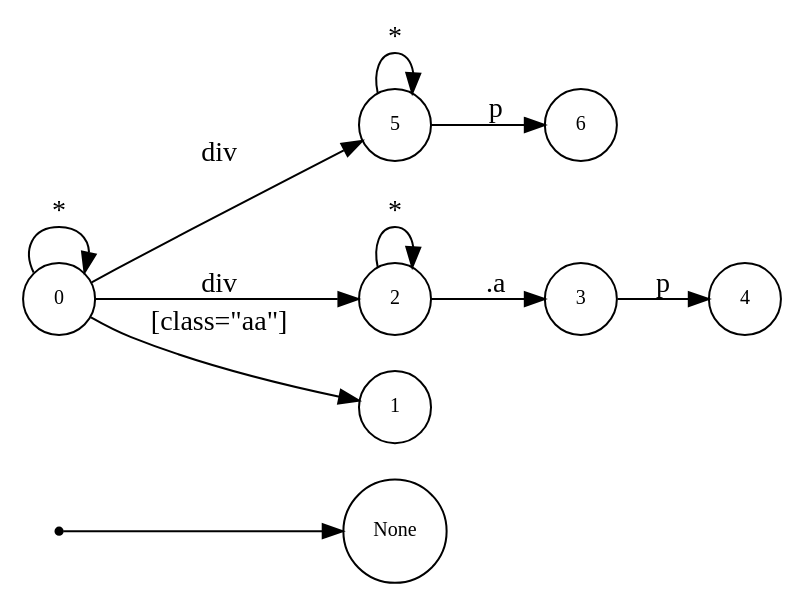
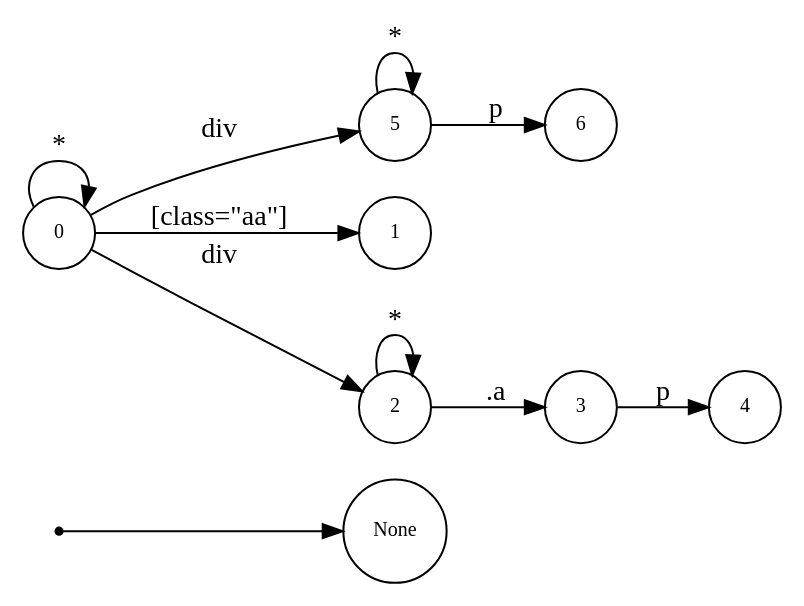
The diagram in css-gen-op/testcase/dot_quad.dot (asukaminato0721/css-bitvector-compiler), drawn with Graphviz before and after one commit. The commit also changed other lines of this file and 74 other files, not shown here.

```diff
--- a/css-gen-op/testcase/dot_quad.dot
+++ b/css-gen-op/testcase/dot_quad.dot
@@ -1,23 +1,23 @@
 digraph NFA {
   rankdir=LR;
   node [shape=circle, fontsize=10];
   __start [shape=point, label=""];
   __start -> None;
+  4 [label="4"];
+  5 [label="5"];
+  0 [label="0"];
+  6 [label="6"];
+  1 [label="1"];
+  2 [label="2"];
   3 [label="3"];
-  5 [label="5"];
-  6 [label="6"];
-  2 [label="2"];
-  0 [label="0"];
-  4 [label="4"];
-  1 [label="1"];
   { node [shape=doublecircle]; 1 4 6 }
   0 -> 0 [label="*"];
   0 -> 1 [label="[class=\"aa\"]"];
   0 -> 2 [label="div"];
   2 -> 2 [label="*"];
   2 -> 3 [label=".a"];
   3 -> 4 [label="p"];
   0 -> 5 [label="div"];
   5 -> 5 [label="*"];
   5 -> 6 [label="p"];
 }
```
